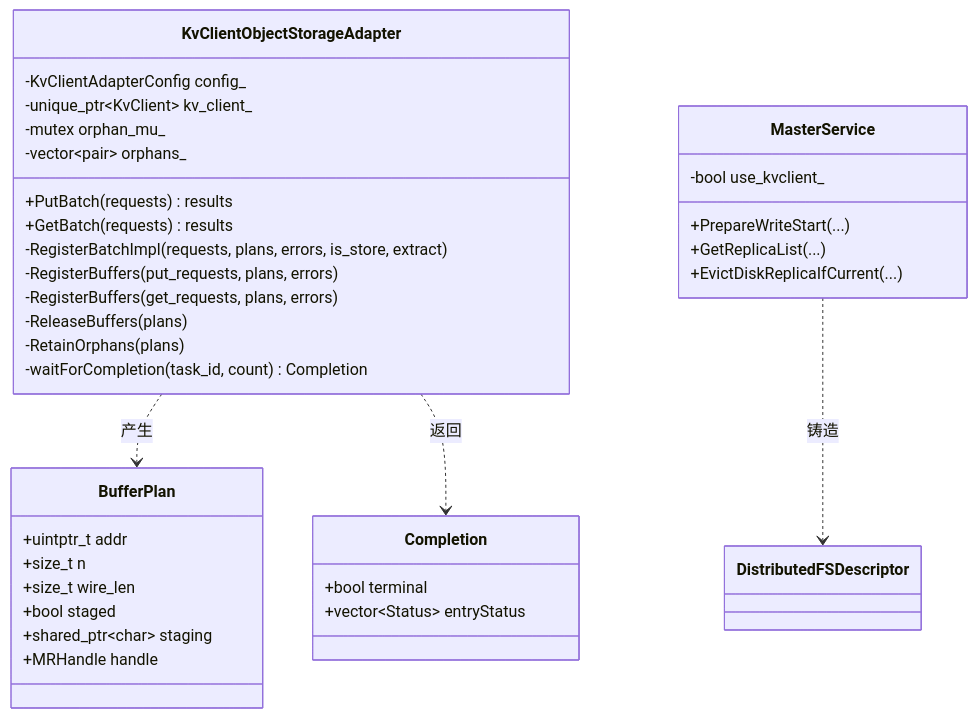
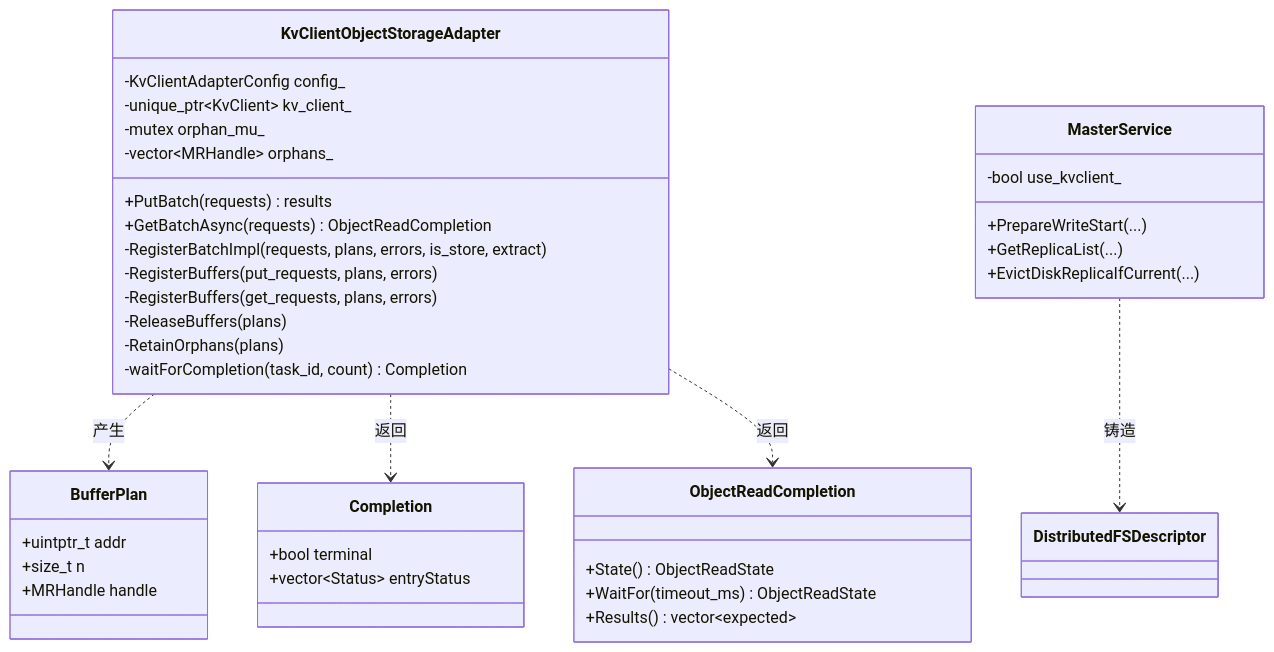
The fourth of 9 diagrams in Mooncake + KVClient L3 接入（Kvcs）- PR 实施设计.md (zwj20000328-dotcom/Mooncake-documents), drawn with Mermaid before and after one commit. The commit also changed other lines of this file and 3 other files, not shown here.

````diff
--- a/Mooncake + KVClient L3 接入（Kvcs）- PR 实施设计.md
+++ b/Mooncake + KVClient L3 接入（Kvcs）- PR 实施设计.md
@@ -634,44 +597,48 @@
 ```mermaid
 classDiagram
     direction TB
 
     class BufferPlan {
         +uintptr_t addr
         +size_t n
-        +size_t wire_len
-        +bool staged
-        +shared_ptr~char~ staging
         +MRHandle handle
     }
 
     class Completion {
         +bool terminal
         +vector~Status~ entryStatus
     }
 
+    class ObjectReadCompletion {
+        +State() ObjectReadState
+        +WaitFor(timeout_ms) ObjectReadState
+        +Results() vector~expected~
+    }
+
     class KvClientObjectStorageAdapter {
         -KvClientAdapterConfig config_
         -unique_ptr~KvClient~ kv_client_
         -mutex orphan_mu_
-        -vector~pair~ orphans_
+        -vector~MRHandle~ orphans_
         +PutBatch(requests) results
-        +GetBatch(requests) results
+        +GetBatchAsync(requests) ObjectReadCompletion
         -RegisterBatchImpl(requests, plans, errors, is_store, extract)
         -RegisterBuffers(put_requests, plans, errors)
         -RegisterBuffers(get_requests, plans, errors)
         -ReleaseBuffers(plans)
         -RetainOrphans(plans)
         -waitForCompletion(task_id, count) Completion
     }
 
     class MasterService {
         -bool use_kvclient_
         +PrepareWriteStart(...)
         +GetReplicaList(...)
         +EvictDiskReplicaIfCurrent(...)
     }
 
     KvClientObjectStorageAdapter ..> BufferPlan : 产生
     KvClientObjectStorageAdapter ..> Completion : 返回
+    KvClientObjectStorageAdapter ..> ObjectReadCompletion : 返回
     MasterService ..> DistributedFSDescriptor : 铸造
 ```
````
